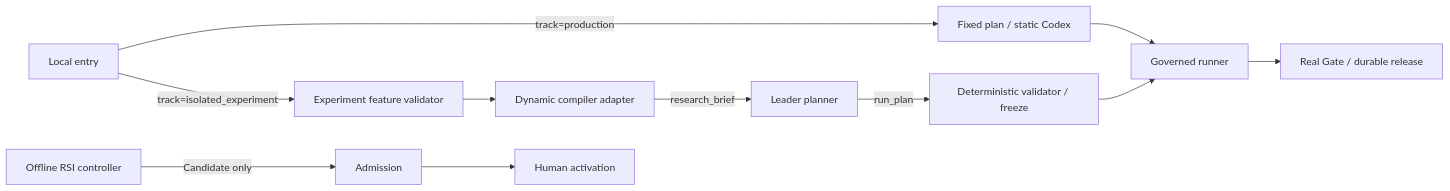
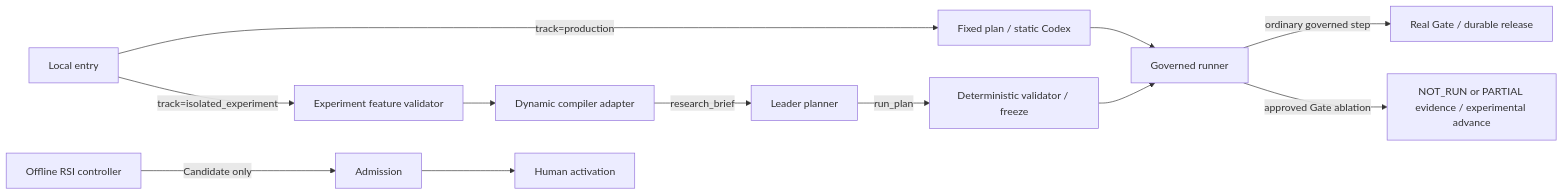
The diagram in docs/architecture/system/experiments.md (Stellven/jiuwenswarm), drawn with Mermaid before and after one commit. The commit also changed 18 other files, not shown here.

Commit message:
docs: add M1 execution stories and check connected architecture paths

````diff
--- a/docs/architecture/system/experiments.md
+++ b/docs/architecture/system/experiments.md
@@ -37,13 +37,14 @@
 ```mermaid
 flowchart LR
     I[Local entry] -->|track=production| F[Fixed plan / static Codex]
     I -->|track=isolated_experiment| E[Experiment feature validator]
     E --> C[Dynamic compiler adapter]
     C -->|research_brief| P[Leader planner]
     P -->|run_plan| V[Deterministic validator / freeze]
     V --> R[Governed runner]
     F --> R
-    R --> G[Real Gate / durable release]
+    R -->|ordinary governed step| G[Real Gate / durable release]
+    R -->|approved Gate ablation| X[NOT_RUN or PARTIAL evidence / experimental advance]
     O[Offline RSI controller] -->|Candidate only| A[Admission]
     A --> H[Human activation]
 ```
````
